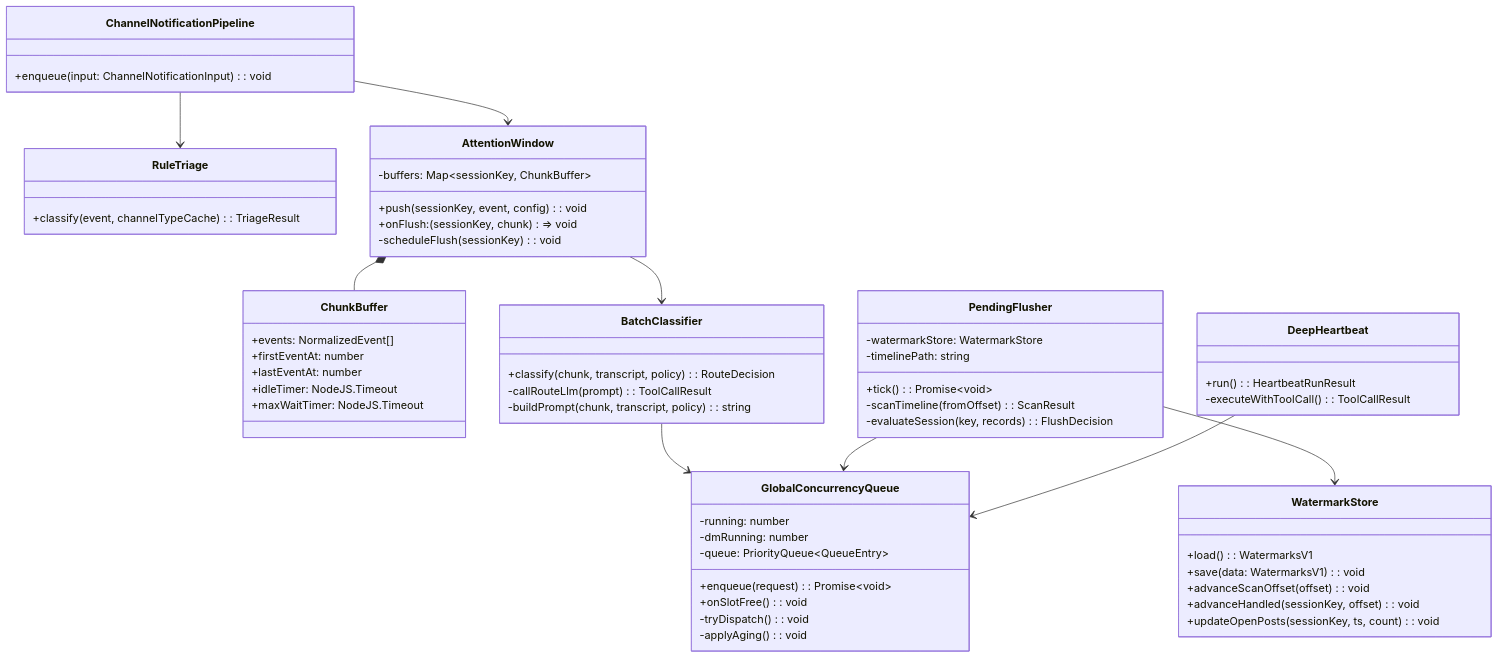
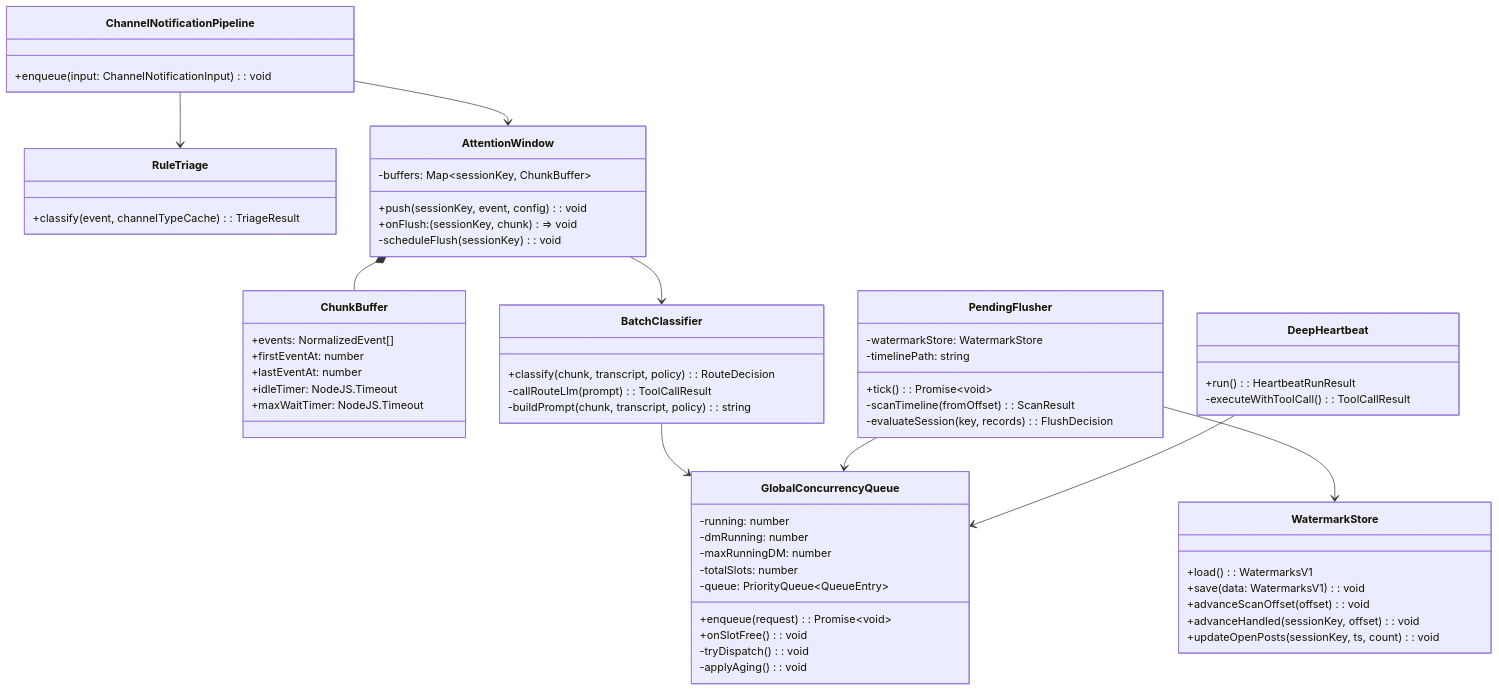
One commit to masahide/adjutant changed the first of 2 diagrams in doc/plan/260222-s03-routing-pipeline-v1.5.md. Above: the diagram before and after it, drawn with Mermaid. The commit also changed other lines of this file and 6 other files, not shown here.

````diff
--- a/doc/plan/260222-s03-routing-pipeline-v1.5.md
+++ b/doc/plan/260222-s03-routing-pipeline-v1.5.md
@@ -377,71 +410,73 @@
 ```mermaid
 classDiagram
   class RuleTriage {
     +classify(event, channelTypeCache): TriageResult
   }
 
   class AttentionWindow {
     -buffers: Map~sessionKey, ChunkBuffer~
     +push(sessionKey, event, config): void
     +onFlush: (sessionKey, chunk) => void
     -scheduleFlush(sessionKey): void
   }
 
   class ChunkBuffer {
     +events: NormalizedEvent[]
     +firstEventAt: number
     +lastEventAt: number
     +idleTimer: NodeJS.Timeout
     +maxWaitTimer: NodeJS.Timeout
   }
 
   class BatchClassifier {
     +classify(chunk, transcript, policy): RouteDecision
     -callRouteLlm(prompt): ToolCallResult
     -buildPrompt(chunk, transcript, policy): string
   }
 
   class GlobalConcurrencyQueue {
     -running: number
     -dmRunning: number
+    -maxRunningDM: number
+    -totalSlots: number
     -queue: PriorityQueue~QueueEntry~
     +enqueue(request): Promise~void~
     +onSlotFree(): void
     -tryDispatch(): void
     -applyAging(): void
   }
 
   class PendingFlusher {
     -watermarkStore: WatermarkStore
     -timelinePath: string
     +tick(): Promise~void~
     -scanTimeline(fromOffset): ScanResult
     -evaluateSession(key, records): FlushDecision
   }
 
   class WatermarkStore {
     +load(): WatermarksV1
     +save(data: WatermarksV1): void
     +advanceScanOffset(offset): void
     +advanceHandled(sessionKey, offset): void
     +updateOpenPosts(sessionKey, ts, count): void
   }
 
   class DeepHeartbeat {
     +run(): HeartbeatRunResult
     -executeWithToolCall(): ToolCallResult
   }
 
   class ChannelNotificationPipeline {
     +enqueue(input: ChannelNotificationInput): void
   }
 
   ChannelNotificationPipeline --> RuleTriage
   ChannelNotificationPipeline --> AttentionWindow
   AttentionWindow --> BatchClassifier
   BatchClassifier --> GlobalConcurrencyQueue
   PendingFlusher --> WatermarkStore
   PendingFlusher --> GlobalConcurrencyQueue
   DeepHeartbeat --> GlobalConcurrencyQueue
   AttentionWindow *-- ChunkBuffer
 ```
````
